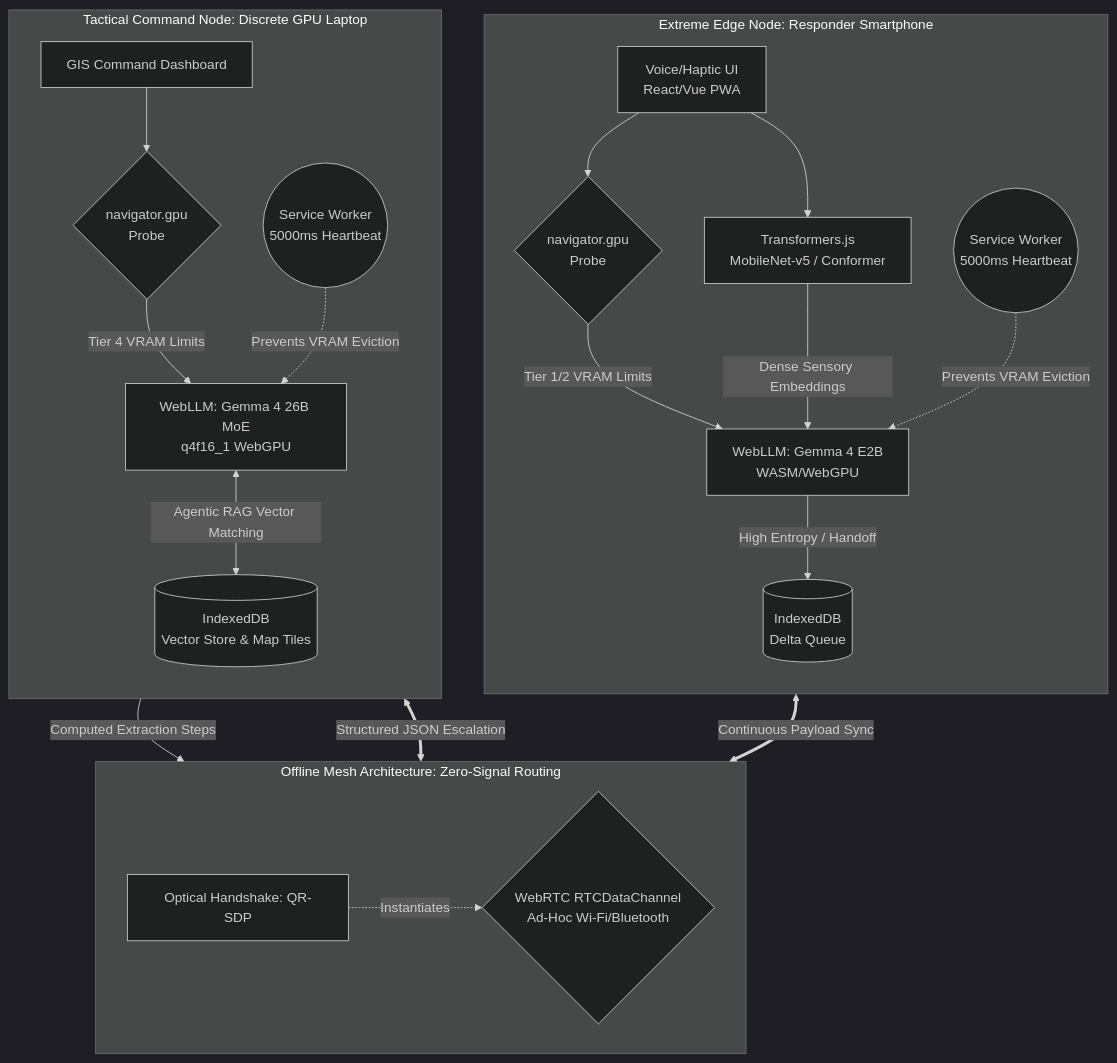
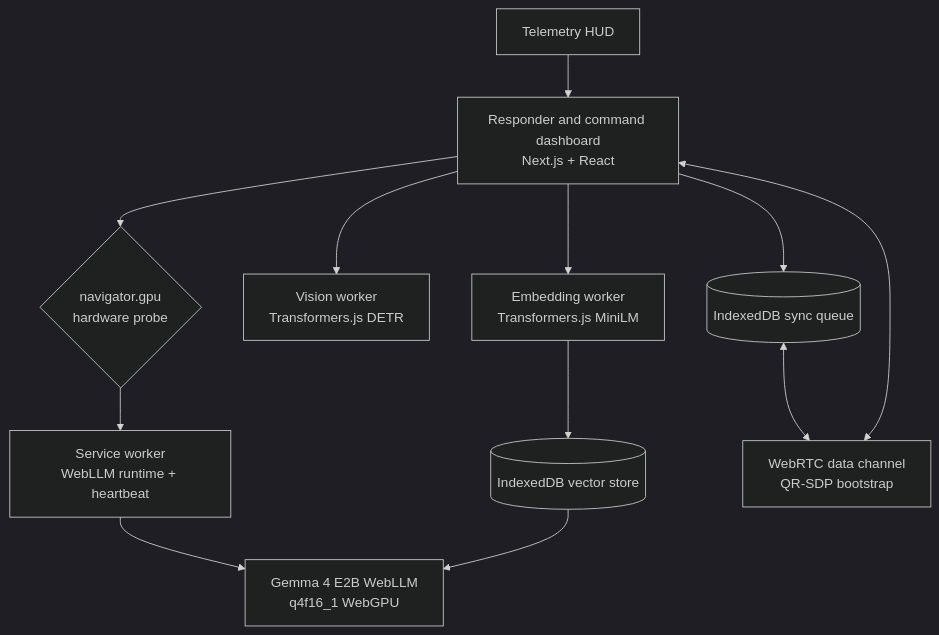
Before and after one commit to emanuellcs/resilnode: the diagram in README.md, drawn with Mermaid (dark theme). The commit also changed other lines of this file and 28 other files, not shown here.

Commit message:
feat: finalize ResilNode model routing, runtime hardening, and docs

````diff
--- a/README.md
+++ b/README.md
@@ -86,45 +75,25 @@
 ```mermaid
 flowchart TB
-    subgraph OfflineMesh [Offline Mesh Architecture: Zero-Signal Routing]
-        direction LR
-        QR[Optical Handshake: QR-SDP]
-        WebRTC{WebRTC RTCDataChannel<br>Ad-Hoc Wi-Fi/Bluetooth}
-        QR -. Instantiates .-> WebRTC
-    end
+    UI[Responder and command dashboard<br>Next.js + React]
+    Probe{navigator.gpu<br>hardware probe}
+    SW[Service worker<br>WebLLM runtime + heartbeat]
+    LLM[Gemma 4 E2B WebLLM<br>q4f16_1 WebGPU]
+    Vision[Vision worker<br>Transformers.js DETR]
+    Embed[Embedding worker<br>Transformers.js MiniLM]
+    Vector[(IndexedDB vector store)]
+    Queue[(IndexedDB sync queue)]
+    Mesh[WebRTC data channel<br>QR-SDP bootstrap]
+    HUD[Telemetry HUD]
 
-    subgraph MobileNode [Extreme Edge Node: Responder Smartphone]
-        direction TB
-        UI1[Voice/Haptic UI<br>React/Vue PWA]
-        SW1((Service Worker<br>5000ms Heartbeat))
-        HW1{navigator.gpu<br>Probe}
-        TJS1[Transformers.js<br>MobileNet-v5 / Conformer]
-        LLM1[WebLLM: Gemma 4 E2B<br>WASM/WebGPU]
-        IDB1[(IndexedDB<br>Delta Queue)]
-
-        UI1 --> HW1
-        HW1 --> |Tier 1/2 VRAM Limits| LLM1
-        UI1 --> TJS1
-        TJS1 -- Dense Sensory Embeddings --> LLM1
-        LLM1 -- High Entropy / Handoff --> IDB1
-        SW1 -. Prevents VRAM Eviction .-> LLM1
-    end
-
-    subgraph CommandNode [Tactical Command Node: Discrete GPU Laptop]
-        direction TB
-        UI2[GIS Command Dashboard]
-        SW2((Service Worker<br>5000ms Heartbeat))
-        HW2{navigator.gpu<br>Probe}
-        LLM2[WebLLM: Gemma 4 26B MoE<br>q4f16_1 WebGPU]
-        IDB2[(IndexedDB<br>Vector Store & Map Tiles)]
-
-        UI2 --> HW2
-        HW2 --> |Tier 4 VRAM Limits| LLM2
-        LLM2 <-- Agentic RAG Vector Matching --> IDB2
-        SW2 -. Prevents VRAM Eviction .-> LLM2
-    end
-
-    %% Network Operations
-    IDB1 <==> |Continuous Payload Sync| WebRTC
-    WebRTC <==> |Structured JSON Escalation| LLM2
-    LLM2 -- Computed Extraction Steps --> WebRTC
+    UI --> Probe
+    Probe --> SW
+    SW --> LLM
+    UI --> Vision
+    UI --> Embed
+    Embed --> Vector
+    Vector --> LLM
+    UI --> Queue
+    Queue <--> Mesh
+    Mesh <--> UI
+    HUD --> UI
 ```
````
